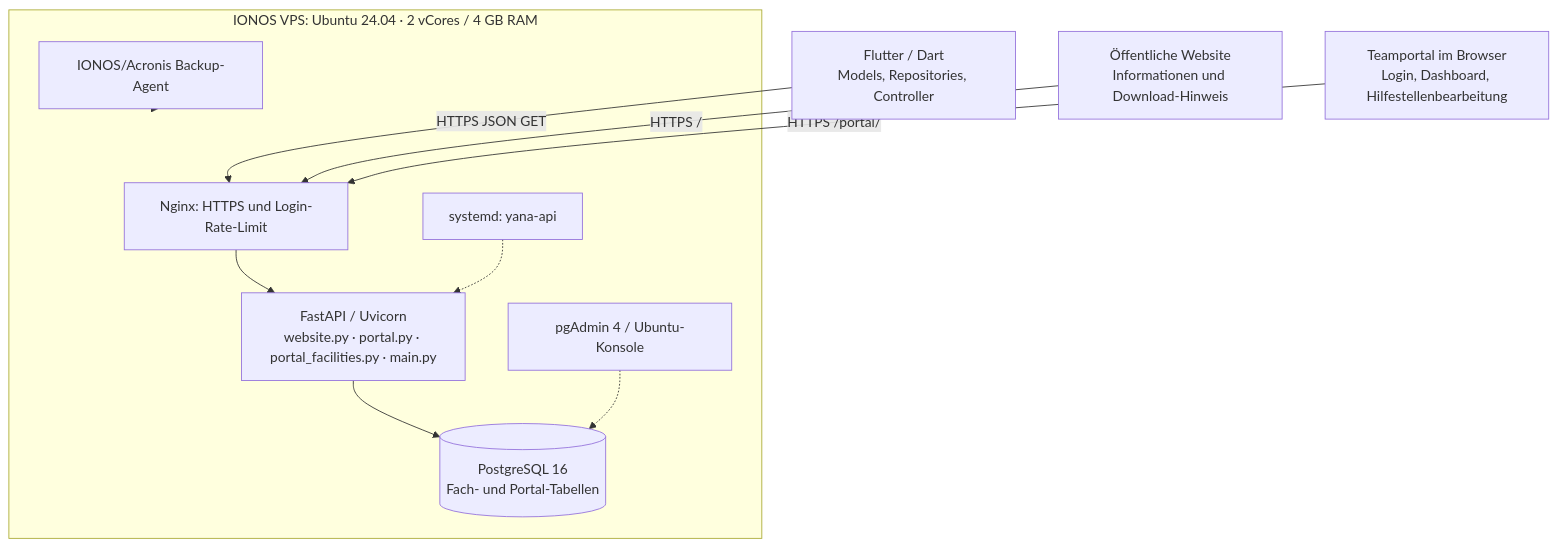
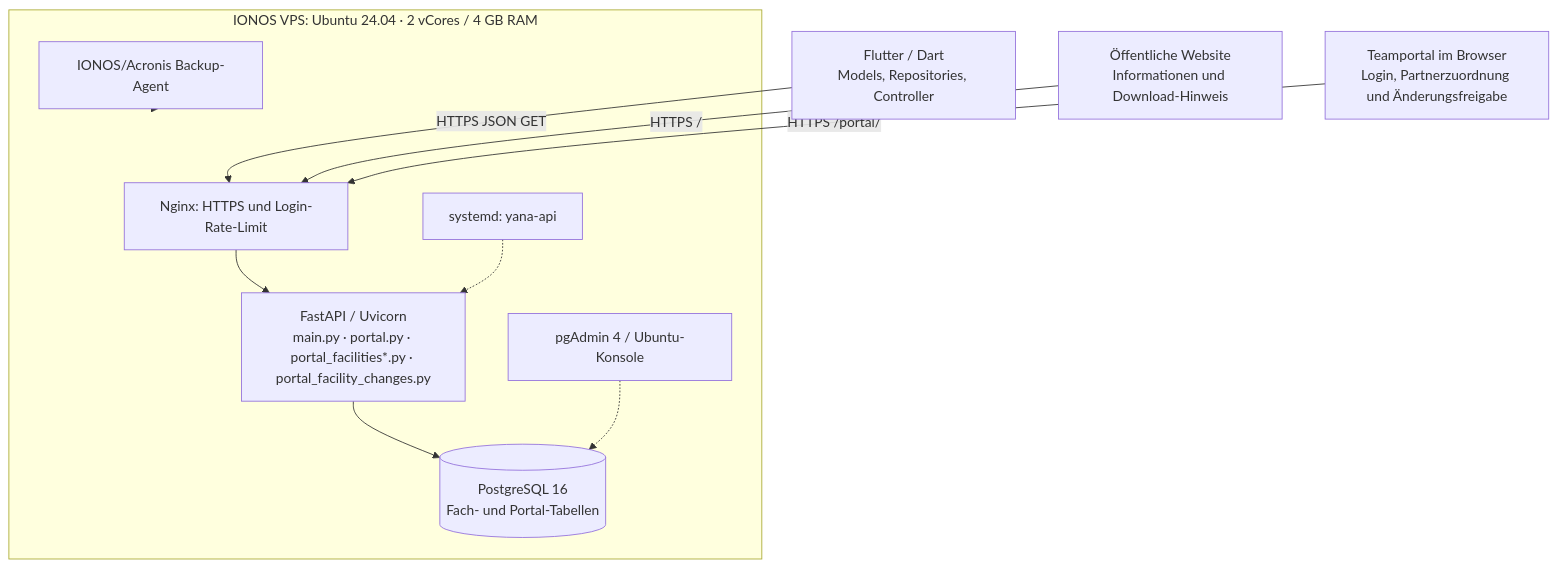
Before and after one commit to Pferdusmaximus/YANA-A-B-S: the first of 2 diagrams in docs/technik/architektur.md, drawn with Mermaid. The commit also changed other lines of this file and 24 other files, not shown here.

````diff
--- a/docs/technik/architektur.md
+++ b/docs/technik/architektur.md
@@ -9,22 +9,22 @@
 ```mermaid
 flowchart TB
     F["Flutter / Dart<br/>Models, Repositories, Controller"]
     V["Öffentliche Website<br/>Informationen und Download-Hinweis"]
-    T["Teamportal im Browser<br/>Login, Dashboard, Hilfestellenbearbeitung"]
+    T["Teamportal im Browser<br/>Login, Partnerzuordnung und Änderungsfreigabe"]
     subgraph VPS["IONOS VPS: Ubuntu 24.04 · 2 vCores / 4 GB RAM"]
       N["Nginx: HTTPS und Login-Rate-Limit"]
-      API["FastAPI / Uvicorn<br/>website.py · portal.py · portal_facilities.py · main.py"]
+      API["FastAPI / Uvicorn<br/>main.py · portal.py · portal_facilities*.py · portal_facility_changes.py"]
       DB[("PostgreSQL 16<br/>Fach- und Portal-Tabellen")]
       S["systemd: yana-api"]
       B["IONOS/Acronis Backup-Agent"]
       PG["pgAdmin 4 / Ubuntu-Konsole"]
       N --> API
       API --> DB
       S -.-> API
       PG -.-> DB
     end
     F -->|"HTTPS JSON GET"| N
     V -->|"HTTPS /"| N
     T -->|"HTTPS /portal/"| N
     B -.-> VPS
 ```
````
